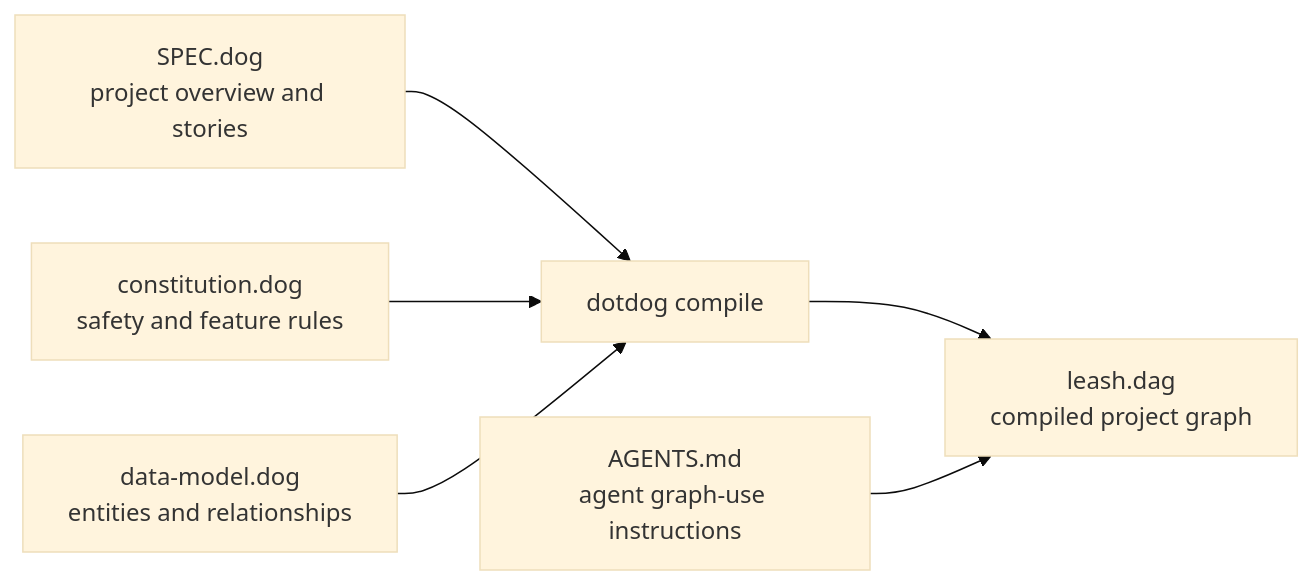
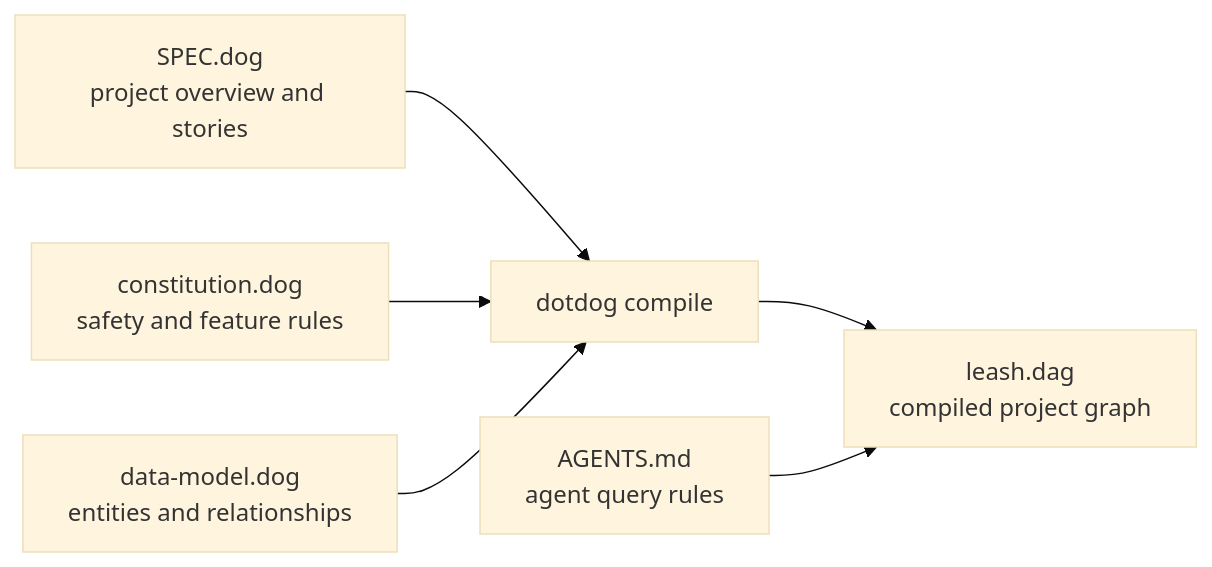
Before and after one commit to specdog/leash: the diagram in specs/leash/README.md, drawn with Mermaid (base theme). The commit also changed other lines of this file and 4 other files, not shown here.

````diff
--- a/specs/leash/README.md
+++ b/specs/leash/README.md
@@ -5,8 +5,8 @@
 ```mermaid
 flowchart LR
   spec["SPEC.dog\nproject overview and stories"] --> compile["dotdog compile"]
   constitution["constitution.dog\nsafety and feature rules"] --> compile
   model["data-model.dog\nentities and relationships"] --> compile
   compile --> dag["leash.dag\ncompiled project graph"]
-  agents["AGENTS.md\nagent graph-use instructions"] --> dag
+  agents["AGENTS.md\nagent query rules"] --> dag
 ```
````
